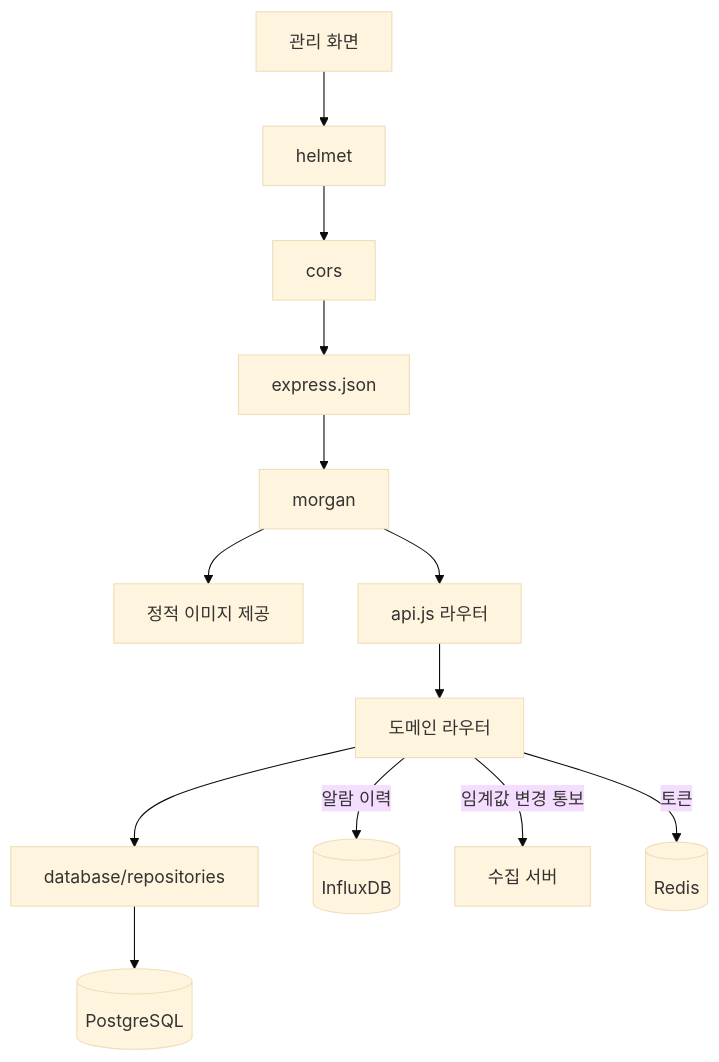
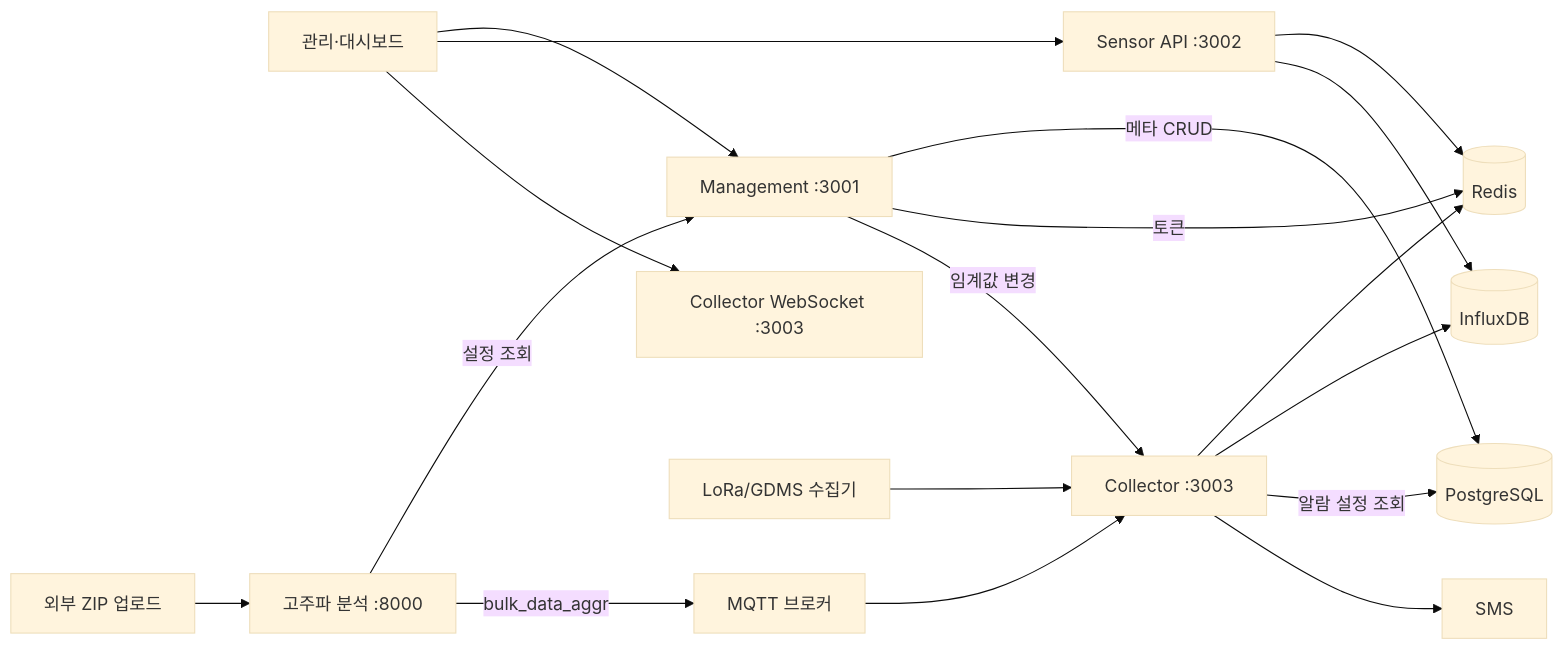
One commit to inbm-company/geoverse-- changed the diagram in server/undefined.md. Above: the diagram before and after it, drawn with Mermaid (base theme). The commit also changed other lines of this file and 4 other files, not shown here.

````diff
--- a/server/undefined.md
+++ b/server/undefined.md
@@ -13,15 +164,24 @@
 ```mermaid
-flowchart TB
-    C[관리 화면] --> M1[helmet]
-    M1 --> M2[cors]
-    M2 --> M3[express.json]
-    M3 --> M4[morgan]
-    M4 --> ST["정적 이미지 제공"]
-    M4 --> R["api.js 라우터"]
-    R --> D1["도메인 라우터"]
-    D1 --> REPO[database/repositories]
-    REPO --> PG[(PostgreSQL)]
-    D1 -->|알람 이력| INF[(InfluxDB)]
-    D1 -->|임계값 변경 통보| COL[수집 서버]
-    D1 -->|토큰| RD[(Redis)]
+flowchart LR
+    FE["관리·대시보드"] --> MG["Management :3001"]
+    FE --> SA["Sensor API :3002"]
+    FE --> WS["Collector WebSocket :3003"]
+
+    EXT["외부 ZIP 업로드"] --> FFT["고주파 분석 :8000"]
+    MQTT["MQTT 브로커"] --> CO["Collector :3003"]
+    LORA["LoRa/GDMS 수집기"] --> CO
+    FFT -->|설정 조회| MG
+    FFT -->|bulk_data_aggr| MQTT
+
+    MG -->|메타 CRUD| PG[(PostgreSQL)]
+    MG -->|토큰| RD[(Redis)]
+    MG -->|임계값 변경| CO
+
+    CO --> RD
+    CO --> INF[(InfluxDB)]
+    CO -->|알람 설정 조회| PG
+    CO --> SMS["SMS"]
+
+    SA --> RD
+    SA --> INF
 ```
````
